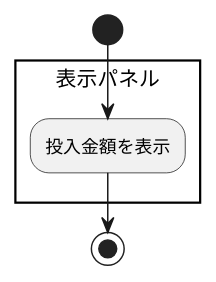
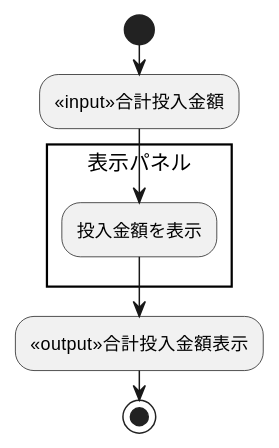
One commit to masaki-kato-119/VendingMachine changed the diagram in アクティビティ図_機能/合計投入金額を表示する.wsd. Above: the diagram before and after it, drawn with PlantUML. The commit also changed 11 other files, not shown here.

Commit message:
Add sequence diagrams to verify functionality

```diff
--- a/アクティビティ図_機能/合計投入金額を表示する.wsd
+++ b/アクティビティ図_機能/合計投入金額を表示する.wsd
@@ -1,7 +1,9 @@
 @startuml
 start
+:<<input>>合計投入金額;
 rectangle 表示パネル {
   :投入金額を表示;
 }
+:<<output>>合計投入金額表示;
 stop
 @enduml
```
